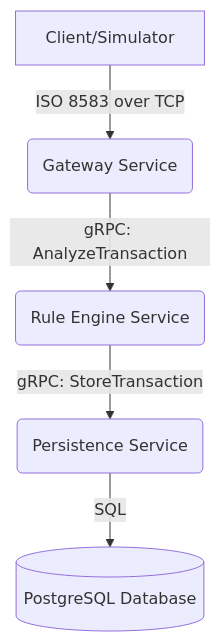
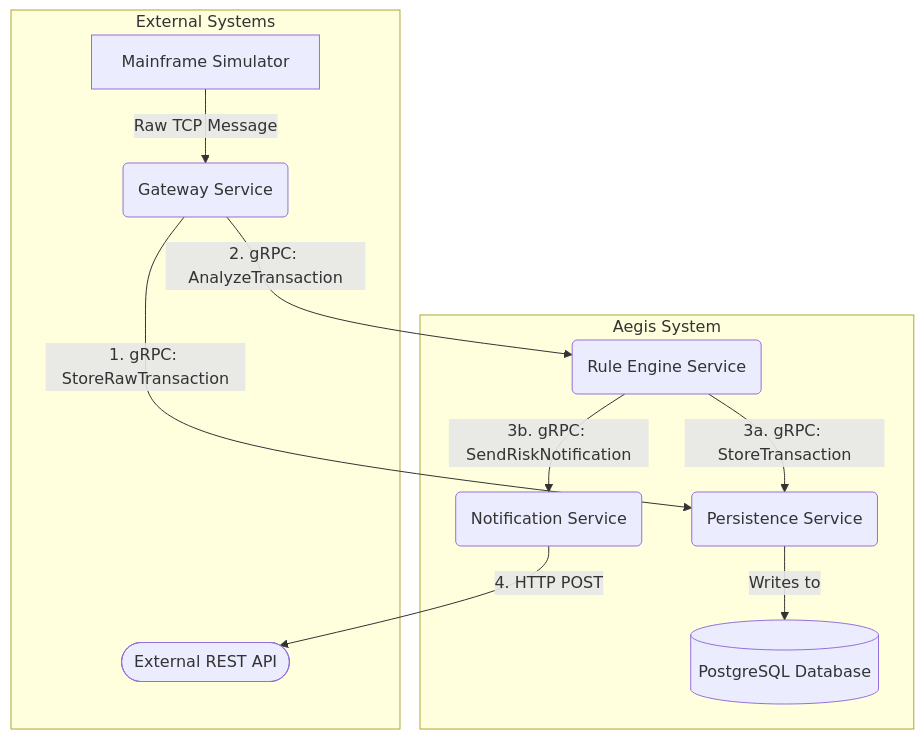
The diagram in README.md (wirsal/project-aegis), drawn with Mermaid before and after one commit. The commit also changed other lines of this file and 4 other files, not shown here.

````diff
--- a/README.md
+++ b/README.md
@@ -26,7 +30,22 @@
 ```mermaid
 graph TD
-    A[Client/Simulator] -- ISO 8583 over TCP --> B(Gateway Service);
-    B -- gRPC: AnalyzeTransaction --> C(Rule Engine Service);
-    C -- gRPC: StoreTransaction --> D(Persistence Service);
-    D -- SQL --> E[(PostgreSQL Database)];
+    subgraph "External Systems"
+        A[Mainframe Simulator] -- Raw TCP Message --> B;
+        F([External REST API]);
+    end
+
+    subgraph "Aegis System"
+        B(Gateway Service);
+        C(Rule Engine Service);
+        D(Persistence Service);
+        E(Notification Service);
+        DB[(PostgreSQL Database)];
+
+        B -- 1. gRPC: StoreRawTransaction --> D;
+        B -- 2. gRPC: AnalyzeTransaction --> C;
+        C -- 3a. gRPC: StoreTransaction --> D;
+        C -- 3b. gRPC: SendRiskNotification --> E;
+        D -- Writes to --> DB;
+        E -- 4. HTTP POST --> F;
+    end
 ```
````
